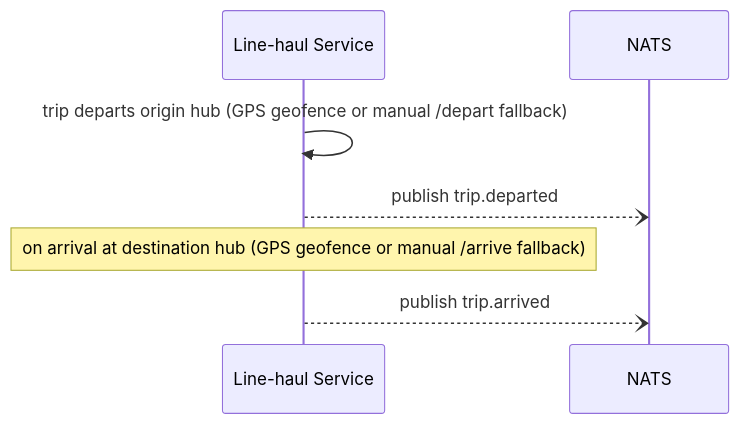
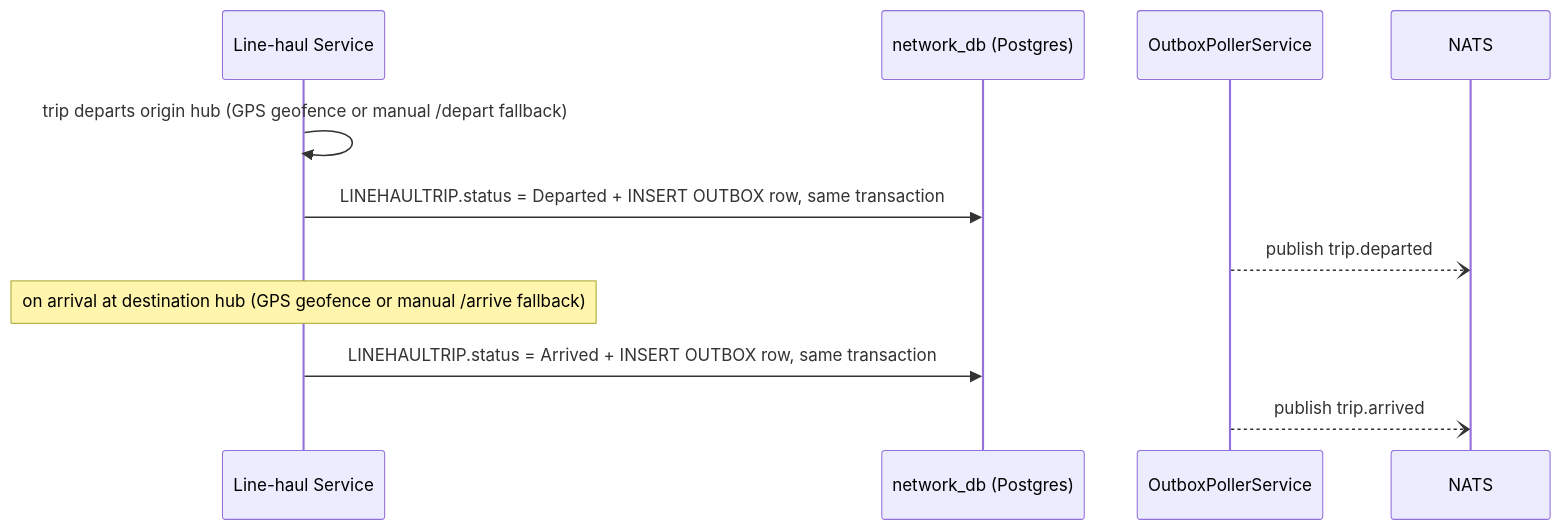
Before and after one commit to dunguyen-311201/nestjs: the first of 2 diagrams in shipping-system/docs/lld/linehaul-service.md, drawn with Mermaid. The commit also changed other lines of this file and 4 other files, not shown here.

First line of the commit message:
docs: add LINEHAULTRIP.status schema for the depart/arrive lifecycle

````diff
--- a/shipping-system/docs/lld/linehaul-service.md
+++ b/shipping-system/docs/lld/linehaul-service.md
@@ -27,10 +29,14 @@
 ```mermaid
 sequenceDiagram
     participant Linehaul as Line-haul Service
+    participant DB as network_db (Postgres)
+    participant Poller as OutboxPollerService
     participant NATS
 
     Linehaul->>Linehaul: trip departs origin hub (GPS geofence or manual /depart fallback)
-    Linehaul--)NATS: publish trip.departed
+    Linehaul->>DB: LINEHAULTRIP.status = Departed + INSERT OUTBOX row, same transaction
+    Poller--)NATS: publish trip.departed
     Note over Linehaul: on arrival at destination hub (GPS geofence or manual /arrive fallback)
-    Linehaul--)NATS: publish trip.arrived
+    Linehaul->>DB: LINEHAULTRIP.status = Arrived + INSERT OUTBOX row, same transaction
+    Poller--)NATS: publish trip.arrived
 ```
````
